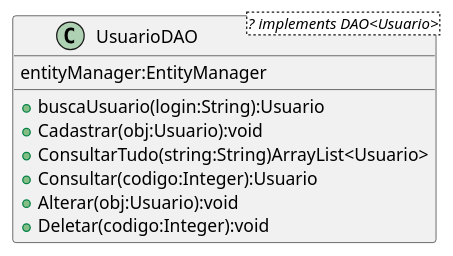
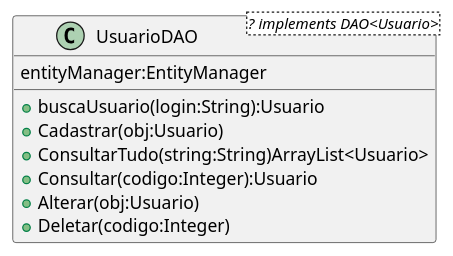
The diagram in src/main/java/br/com/ifsp/lds/dao/UsuarioDAO.puml (joseguilhermeromano/UFABC), drawn with PlantUML before and after one commit. The commit also changed 13 other files, not shown here.

```diff
--- a/src/main/java/br/com/ifsp/lds/dao/UsuarioDAO.puml
+++ b/src/main/java/br/com/ifsp/lds/dao/UsuarioDAO.puml
@@ -1,17 +1,17 @@
 @startuml
 
 class UsuarioDAO <? implements DAO<Usuario>>{
     
        entityManager:EntityManager 
     
     + buscaUsuario(login:String):Usuario
-    + Cadastrar(obj:Usuario):void
+    + Cadastrar(obj:Usuario)
     + ConsultarTudo(string:String)ArrayList<Usuario>
     + Consultar(codigo:Integer):Usuario
-    + Alterar(obj:Usuario):void 
-    + Deletar(codigo:Integer):void
+    + Alterar(obj:Usuario) 
+    + Deletar(codigo:Integer)
 
 }
 
 
 @enduml
```
